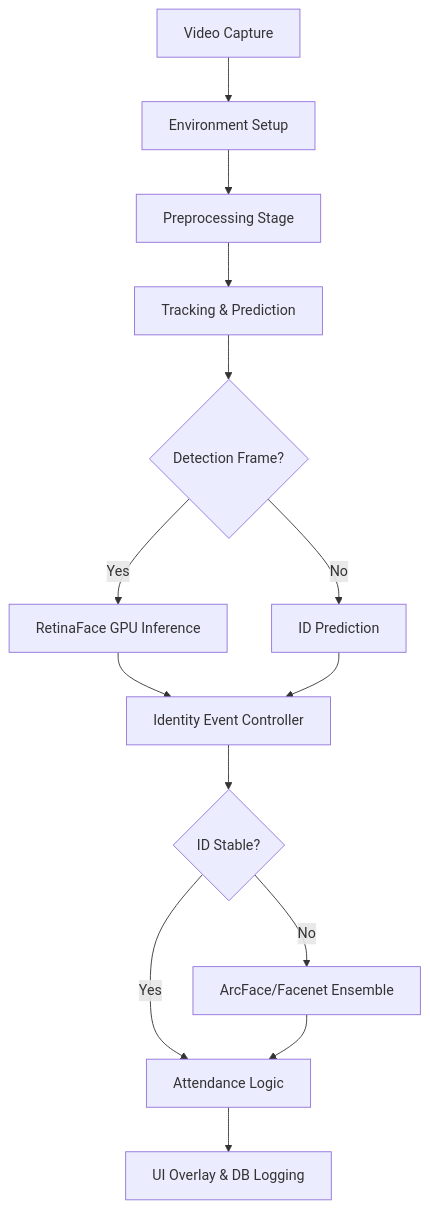
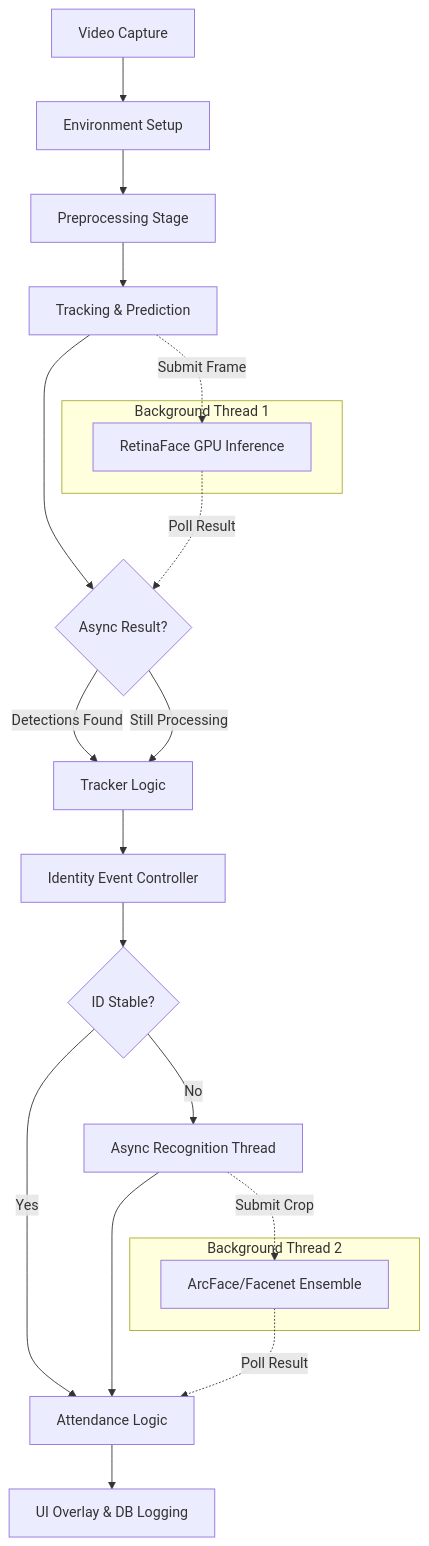
One commit to AyoubEttalbi/emsvia changed the diagram in explaining.md. Above: the diagram before and after it, drawn with Mermaid. The commit also changed other lines of this file and 75 other files, not shown here.

Commit message:
feat: complete industrial-grade face recognition pipeline with async concurrency and accuracy optimizations

````diff
--- a/explaining.md
+++ b/explaining.md
@@ -22,16 +22,28 @@
 ```mermaid
 graph TD
     A[Video Capture] --> B[Environment Setup]
     B --> C[Preprocessing Stage]
     C --> D[Tracking & Prediction]
-    D --> E{Detection Frame?}
-    E -- Yes --> F[RetinaFace GPU Inference]
-    E -- No --> G[ID Prediction]
+    D --> E{Async Result?}
+    E -- Detections Found --> F[Tracker Logic]
+    E -- Still Processing --> F
     F --> H[Identity Event Controller]
-    G --> H
     H --> I{ID Stable?}
-    I -- No --> J[ArcFace/Facenet Ensemble]
+    I -- No --> J[Async Recognition Thread]
     I -- Yes --> K[Attendance Logic]
     J --> K
     K --> L[UI Overlay & DB Logging]
+    
+    subgraph "Background Thread 1"
+    F1[RetinaFace GPU Inference]
+    end
+    
+    subgraph "Background Thread 2"
+    H1[ArcFace/Facenet Ensemble]
+    end
+    
+    D -. Submit Frame .-> F1
+    F1 -. Poll Result .-> E
+    J -. Submit Crop .-> H1
+    H1 -. Poll Result .-> K
 ```
````
